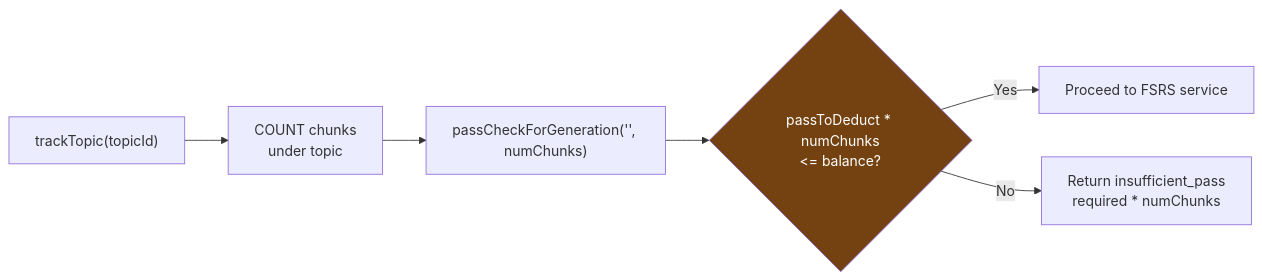
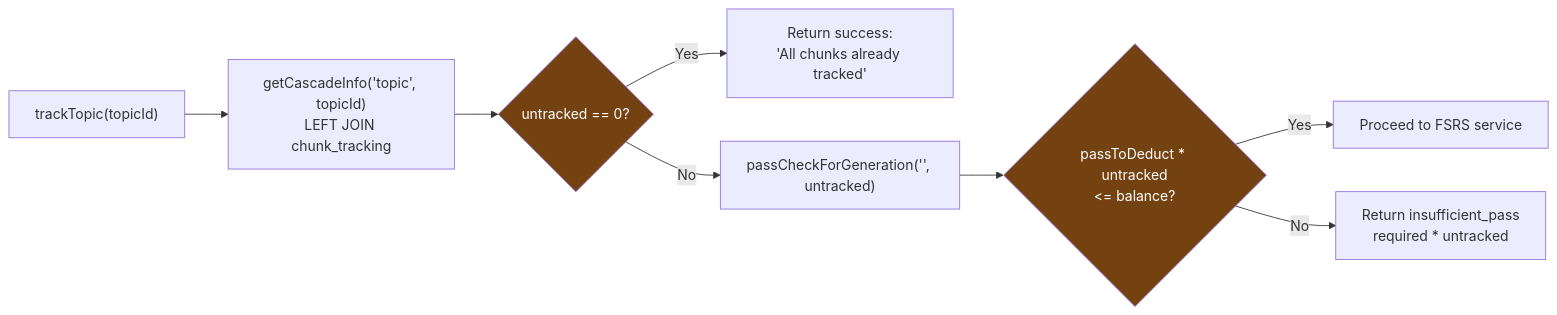
Before and after one commit to leykun-gizaw/temar: the third of 7 diagrams in docs/architecture/05-tracking-question-gen.md, drawn with Mermaid. The commit also changed other lines of this file and 2 other files, not shown here.

Commit message:
feat(web): ✨ add per-chunk question type selection for cascade tracking

````diff
--- a/docs/architecture/05-tracking-question-gen.md
+++ b/docs/architecture/05-tracking-question-gen.md
@@ -164,10 +164,13 @@
 ```mermaid
 flowchart LR
-    A["trackTopic(topicId)"] --> B["COUNT chunks<br/>under topic"]
-    B --> C["passCheckForGeneration('', numChunks)"]
-    C --> D{"passToDeduct * numChunks<br/><= balance?"}
-    D -->|Yes| E["Proceed to FSRS service"]
-    D -->|No| F["Return insufficient_pass<br/>required * numChunks"]
+    A["trackTopic(topicId)"] --> B["getCascadeInfo('topic', topicId)<br/>LEFT JOIN chunk_tracking"]
+    B --> C{"untracked == 0?"}
+    C -->|Yes| G["Return success:<br/>'All chunks already tracked'"]
+    C -->|No| D["passCheckForGeneration('', untracked)"]
+    D --> E{"passToDeduct * untracked<br/><= balance?"}
+    E -->|Yes| F["Proceed to FSRS service"]
+    E -->|No| H["Return insufficient_pass<br/>required * untracked"]
 
-    style D fill:#744210,color:#fff
+    style C fill:#744210,color:#fff
+    style E fill:#744210,color:#fff
 ```
````
